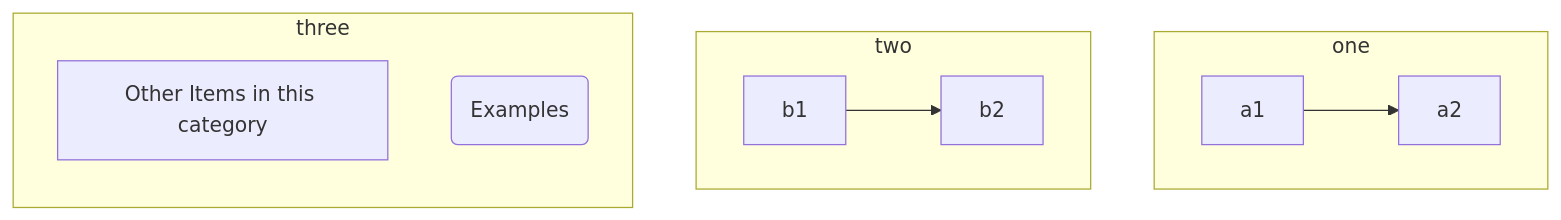
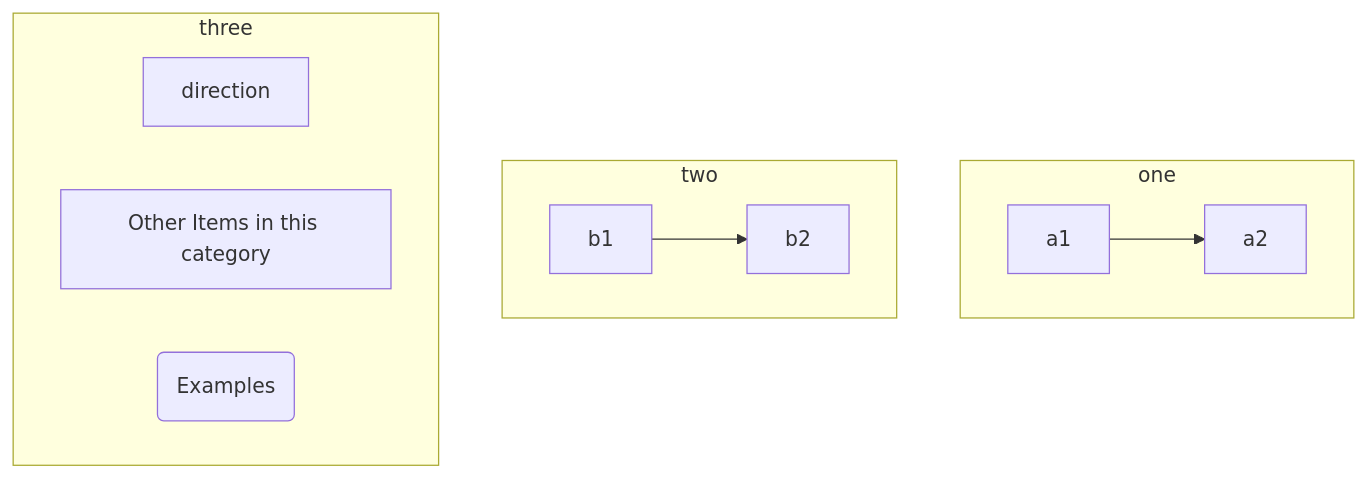
One commit to gerbssusd/dok changed the diagram in slides.md. Above: the diagram before and after it, drawn with Mermaid.

````diff
--- a/slides.md
+++ b/slides.md
@@ -217,21 +217,21 @@
 ```mermaid
 flowchart
     subgraph one 
      direction LR
     a1-->a2
     end
     subgraph two
     b1-->b2
     end
     subgraph three 
-      direction TB
+      direction 
     c1[Other Items in this category] 
     c2(Examples)
     end
 
 
 
 
 
 
 ```
````
